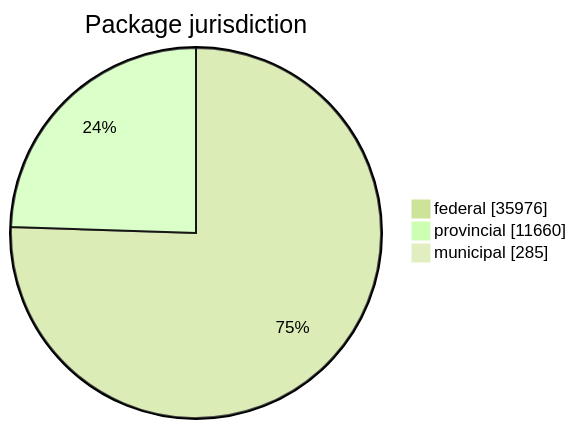
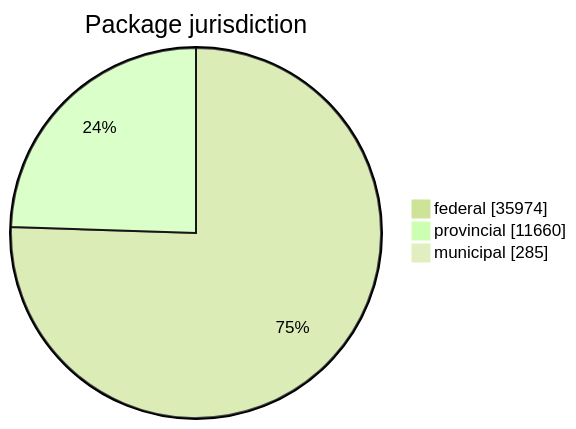
Before and after one commit to open-data/analytics-corporate-reporting: the first of 5 diagrams in FreshCheck/README.md, drawn with Mermaid (forest theme). The commit also changed other lines of this file and 3 other files, not shown here.

````diff
--- a/FreshCheck/README.md
+++ b/FreshCheck/README.md
@@ -60,6 +60,6 @@
 ```mermaid
 pie showData title Package jurisdiction
-    "federal": 35976
+    "federal": 35974
     "provincial": 11660
     "municipal": 285
 ```
````
